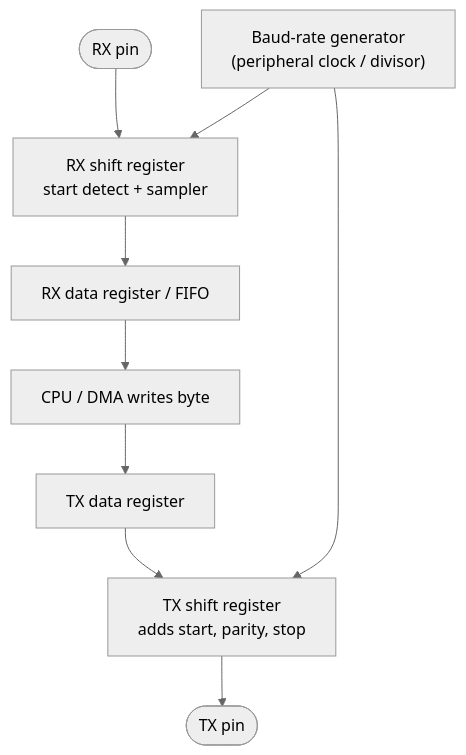
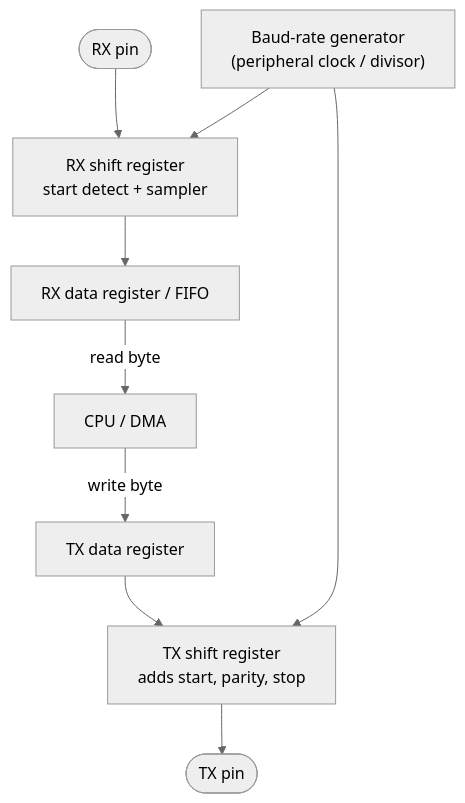
The diagram in content/questions/q0771.md (atallm7/monty-prep), drawn with Mermaid (neutral theme) before and after one commit. The commit also changed 25 other files, not shown here.

````diff
--- a/content/questions/q0771.md
+++ b/content/questions/q0771.md
@@ -131,11 +131,11 @@
 ```mermaid
 flowchart TB
-  CPU["CPU / DMA writes byte"] --> TDR["TX data register"]
+  CPU["CPU / DMA"] -->|"write byte"| TDR["TX data register"]
   TDR --> TSR["TX shift register<br/>adds start, parity, stop"]
   TSR --> TXPIN(["TX pin"])
   RXPIN(["RX pin"]) --> RSR["RX shift register<br/>start detect + sampler"]
   RSR --> RDR["RX data register / FIFO"]
-  RDR --> CPU
+  RDR -->|"read byte"| CPU
   BRG["Baud-rate generator<br/>(peripheral clock / divisor)"] --> TSR
   BRG --> RSR
 ```
````
